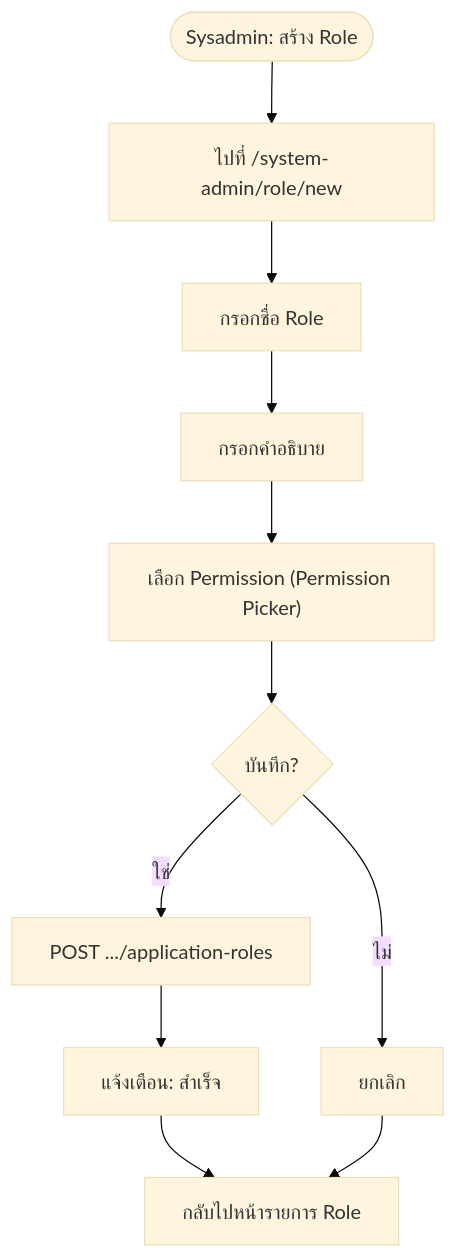
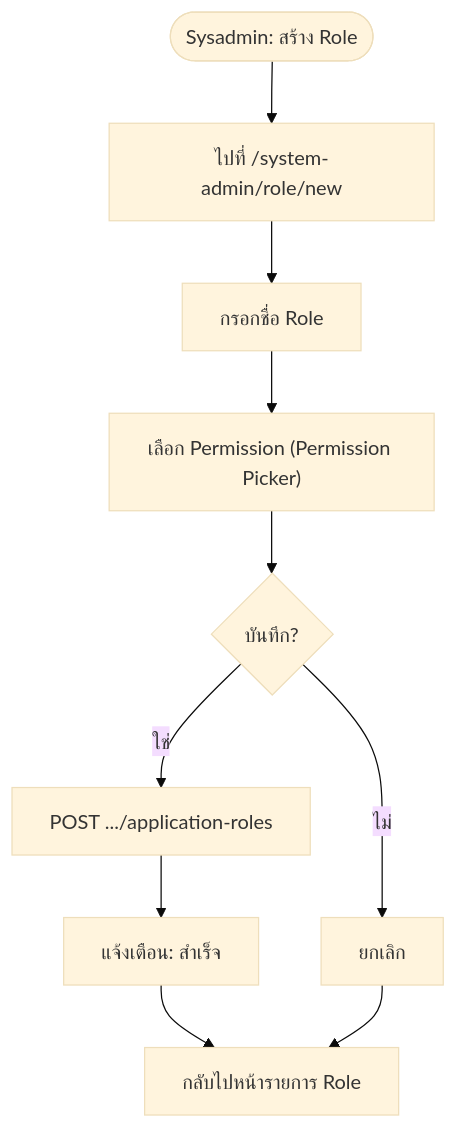
The first of 2 diagrams in th/inventory/access-control/application-role.md (CarmenSoftware-organization/carmen-wiki), drawn with Mermaid (base theme) before and after one commit. The commit also changed other lines of this file and 3 other files, not shown here.

Commit message:
fix(access-control,templates): drop fabricated role steps, correct delete flow and citations (review round 1)

````diff
--- a/th/inventory/access-control/application-role.md
+++ b/th/inventory/access-control/application-role.md
@@ -51,13 +51,12 @@
 ```mermaid
 flowchart TD
     Start(["Sysadmin: สร้าง Role"]) --> Navigate["ไปที่ /system-admin/role/new"]
     Navigate --> EnterName["กรอกชื่อ Role"]
-    EnterName --> EnterDesc["กรอกคำอธิบาย"]
-    EnterDesc --> SelectPerms["เลือก Permission (Permission Picker)"]
+    EnterName --> SelectPerms["เลือก Permission (Permission Picker)"]
     SelectPerms --> Save{"บันทึก?"}
     Save -->|"ใช่"| CreateRole["POST .../application-roles"]
     CreateRole --> ShowSuccess["แจ้งเตือน: สำเร็จ"]
     ShowSuccess --> ReturnList["กลับไปหน้ารายการ Role"]
     Save -->|"ไม่"| Cancel["ยกเลิก"]
     Cancel --> ReturnList
 ```
````
